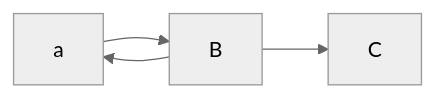
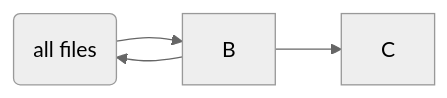
Before and after one commit to plchagnon/Lonicera---Coralie: the second of 2 diagrams in README.md, drawn with Mermaid (neutral theme). The commit also changed other lines of this file, not shown here.

````diff
--- a/README.md
+++ b/README.md
@@ -78,5 +78,5 @@
 ```mermaid
 flowchart LR
-a-->B
+a(all files)-->B
 B-->C & a
 ```
````
